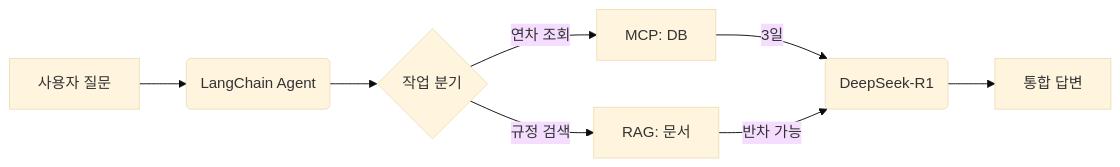
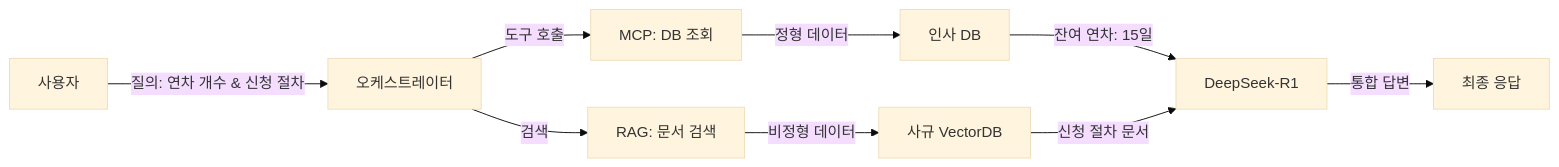
The first of 5 diagrams in 00_manuscript/01장_프롤로그/02.본문.md (kjh5848/ai-llm-rag), drawn with Mermaid (base theme) before and after one commit. The commit also changed other lines of this file and 125 other files, not shown here.

````diff
--- a/00_manuscript/01장_프롤로그/02.본문.md
+++ b/00_manuscript/01장_프롤로그/02.본문.md
@@ -31,10 +31,11 @@
 ```mermaid
-flowchart LR
-    User[사용자 질문] --> Agent(LangChain Agent)
-    Agent --> Parallel{작업 분기}
-    Parallel -->|연차 조회| MCP[MCP: DB]
-    Parallel -->|규정 검색| RAG[RAG: 문서]
-    MCP -->|3일| LLM(DeepSeek-R1)
-    RAG -->|반차 가능| LLM
-    LLM --> Answer[통합 답변]
+graph LR
+    User[사용자] -->|질의: 연차 개수 & 신청 절차| Orch[오케스트레이터]
+    Orch -->|도구 호출| MCP[MCP: DB 조회]
+    Orch -->|검색| RAG[RAG: 문서 검색]
+    MCP -->|정형 데이터| DB[인사 DB]
+    RAG -->|비정형 데이터| VDB[사규 VectorDB]
+    DB -->|잔여 연차: 15일| LLM[DeepSeek-R1]
+    VDB -->|신청 절차 문서| LLM
+    LLM -->|통합 답변| Answer[최종 응답]
 ```
````
